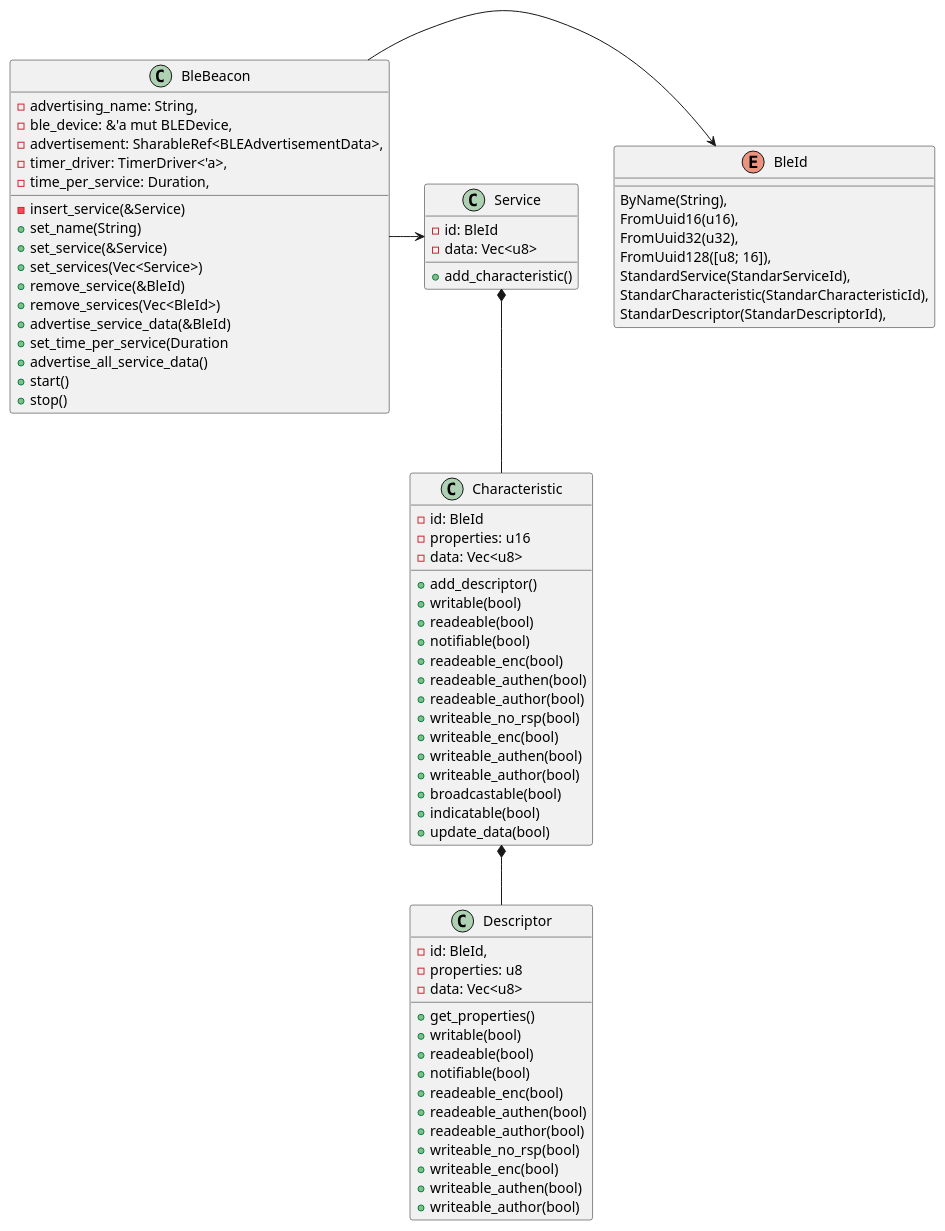
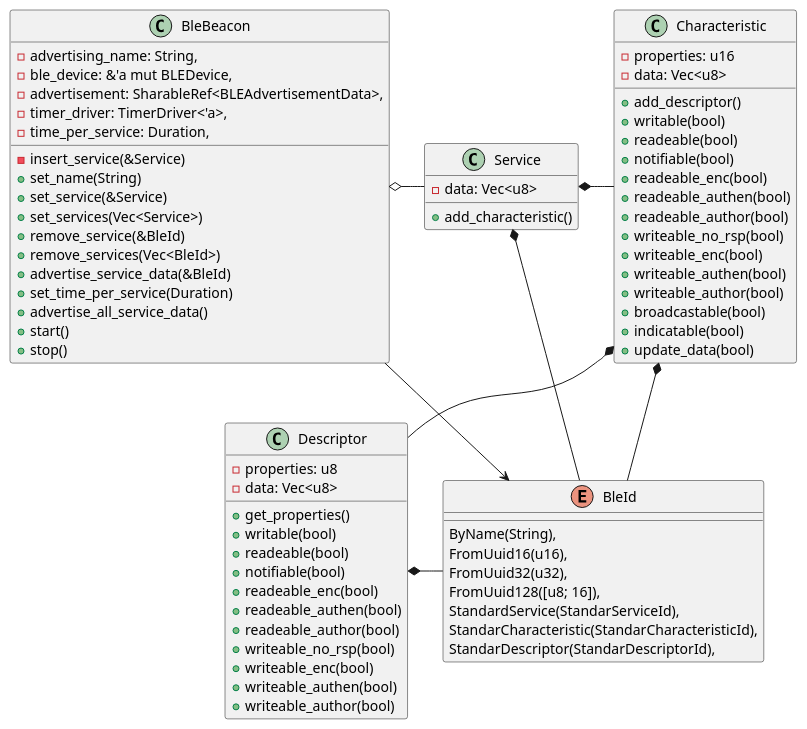
One commit to esp32framework/esp32framework changed the diagram in diagrams/ble-beacon.puml. Above: the diagram before and after it, drawn with PlantUML. The commit also changed 8 other files, not shown here.

```diff
--- a/diagrams/ble-beacon.puml
+++ b/diagrams/ble-beacon.puml
@@ -1,80 +1,80 @@
 @startuml Ble Beacon
 
 class BleBeacon{
     - advertising_name: String,
     - ble_device: &'a mut BLEDevice,
     - advertisement: SharableRef<BLEAdvertisementData>,
     - timer_driver: TimerDriver<'a>,
     - time_per_service: Duration,
     - insert_service(&Service)
     + set_name(String)
     + set_service(&Service)
     + set_services(Vec<Service>)
     + remove_service(&BleId)
     + remove_services(Vec<BleId>)
     + advertise_service_data(&BleId)
-    + set_time_per_service(Duration
+    + set_time_per_service(Duration)
     + advertise_all_service_data()
     + start()
     + stop()
 }
 
 enum BleId {
     ByName(String),
     FromUuid16(u16),
     FromUuid32(u32),
     FromUuid128([u8; 16]),
     StandardService(StandarServiceId),
     StandarCharacteristic(StandarCharacteristicId),
     StandarDescriptor(StandarDescriptorId),
 }
 
 class Service {
-    - id: BleId
     - data: Vec<u8>
     + add_characteristic()
     
 } 
 
 class Characteristic{
-    - id: BleId
     - properties: u16
     - data: Vec<u8>
     + add_descriptor()
     + writable(bool)
     + readeable(bool)
     + notifiable(bool)
     + readeable_enc(bool)
     + readeable_authen(bool)
     + readeable_author(bool)
     + writeable_no_rsp(bool)
     + writeable_enc(bool)
     + writeable_authen(bool)
     + writeable_author(bool)
     + broadcastable(bool)
     + indicatable(bool)
     + update_data(bool)
 }
 
 class Descriptor{
-    - id: BleId,
     - properties: u8
     - data: Vec<u8>
     + get_properties()
     + writable(bool)
     + readeable(bool)
     + notifiable(bool)
     + readeable_enc(bool)
     + readeable_authen(bool)
     + readeable_author(bool)
     + writeable_no_rsp(bool)
     + writeable_enc(bool)
     + writeable_authen(bool)
     + writeable_author(bool)
 }
 
 BleBeacon -> BleId
-BleBeacon -> Service
-Service *-- Characteristic
-Characteristic *-- Descriptor
+BleBeacon o- Service
+Service *- Characteristic
+Service *-- BleId
+Characteristic *- Descriptor
+Characteristic *-- BleId
+Descriptor *- BleId
 @enduml
```
